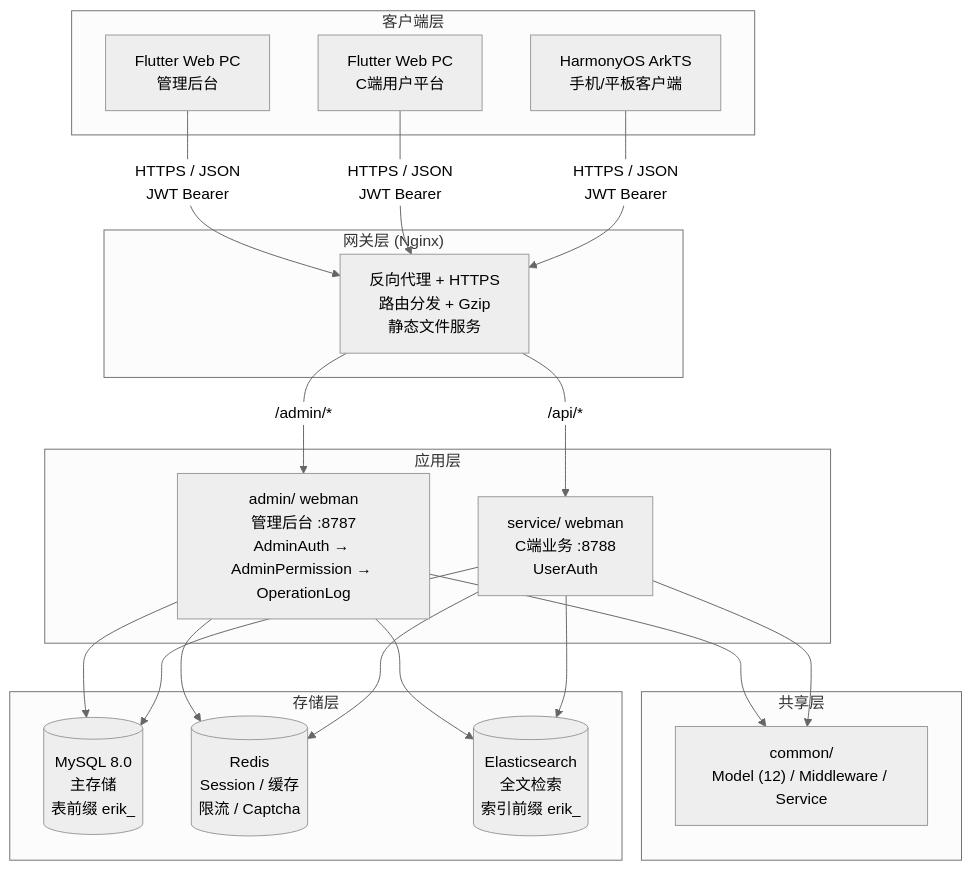
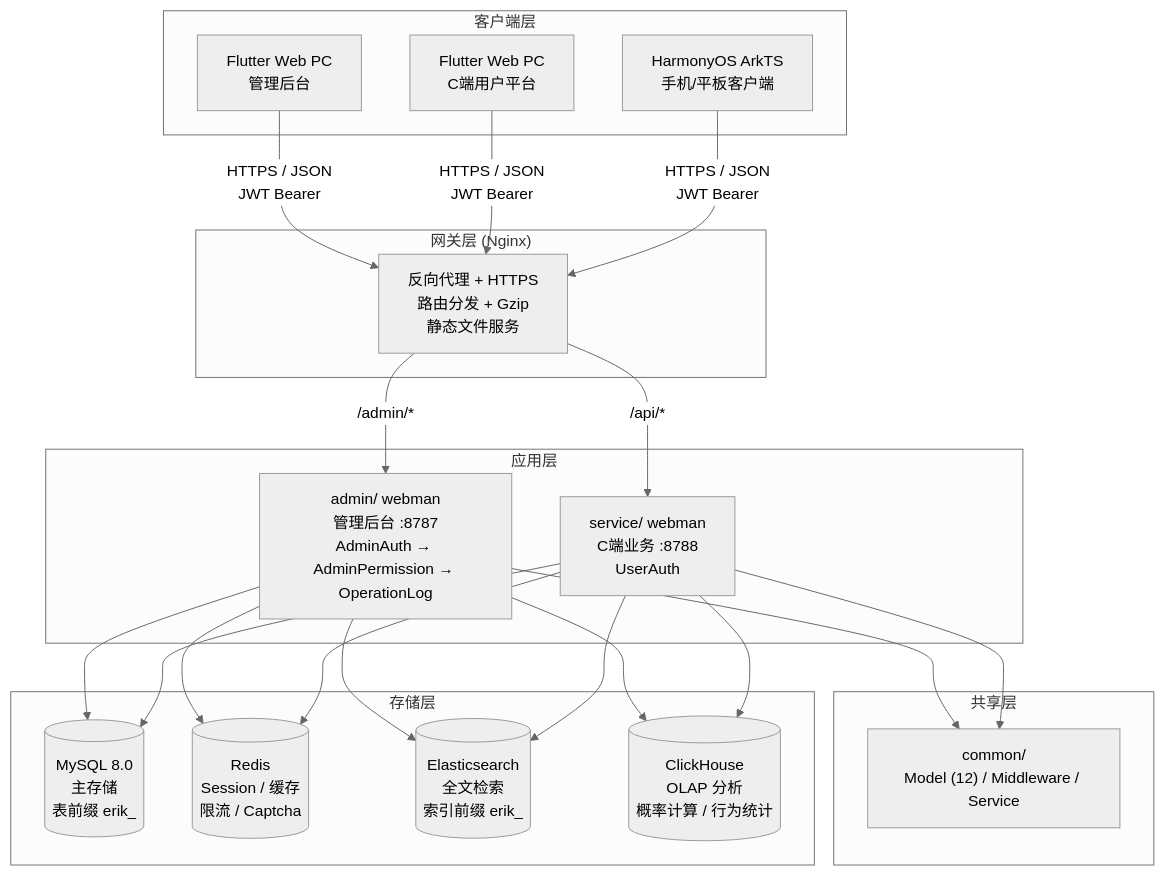
One commit to erikwang2013/game-platform-php changed the first of 2 diagrams in docs/ARCHITECTURE.md. Above: the diagram before and after it, drawn with Mermaid (neutral theme). The commit also changed other lines of this file and 86 other files, not shown here.

````diff
--- a/docs/ARCHITECTURE.md
+++ b/docs/ARCHITECTURE.md
@@ -7,33 +7,34 @@
 ```mermaid
 flowchart TB
     subgraph "客户端层"
         A1["Flutter Web PC<br/>管理后台"]
         A2["Flutter Web PC<br/>C端用户平台"]
         A3["HarmonyOS ArkTS<br/>手机/平板客户端"]
     end
 
     subgraph "网关层 (Nginx)"
         B1["反向代理 + HTTPS<br/>路由分发 + Gzip<br/>静态文件服务"]
     end
 
     subgraph "应用层"
         C1["admin/ webman<br/>管理后台 :8787<br/>AdminAuth → AdminPermission → OperationLog"]
         C2["service/ webman<br/>C端业务 :8788<br/>UserAuth"]
     end
 
     subgraph "共享层"
         D1["common/<br/>Model (12) / Middleware / Service"]
     end
 
     subgraph "存储层"
         E1[("MySQL 8.0<br/>主存储<br/>表前缀 erik_")]
         E2[("Redis<br/>Session / 缓存<br/>限流 / Captcha")]
         E3[("Elasticsearch<br/>全文检索<br/>索引前缀 erik_")]
+        E4[("ClickHouse<br/>OLAP 分析<br/>概率计算 / 行为统计")]
     end
 
     A1 & A2 & A3 -->|"HTTPS / JSON<br/>JWT Bearer"| B1
     B1 -->|"/admin/*"| C1
     B1 -->|"/api/*"| C2
     C1 & C2 --> D1
-    C1 & C2 --> E1 & E2 & E3
+    C1 & C2 --> E1 & E2 & E3 & E4
 ```
````
